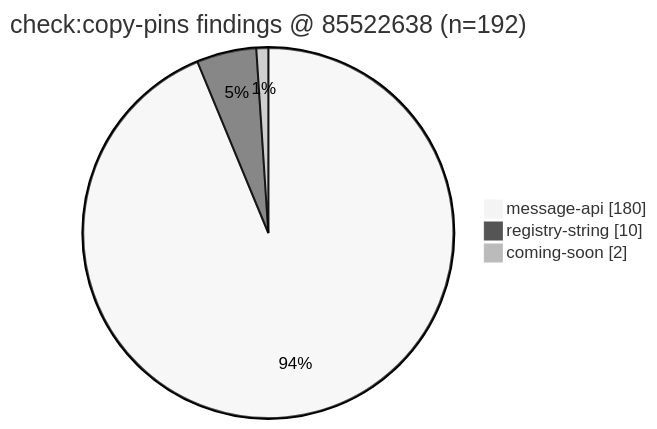
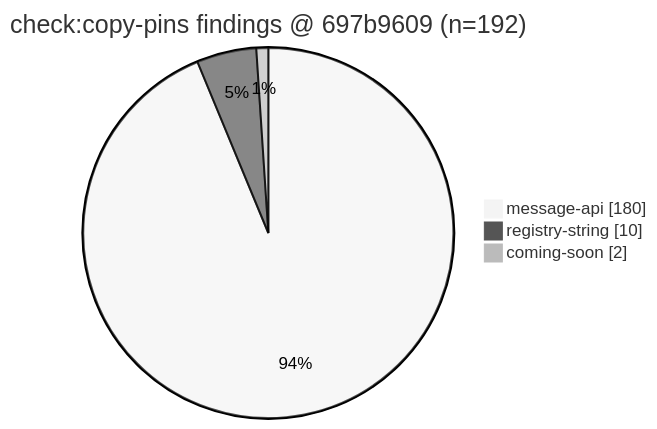
The first of 2 diagrams in docs/dev/copy-pins-residual-inventory-post898-2026-10-10.md (fuzzywigg/math-pentathlon), drawn with Mermaid before and after one commit. The commit also changed other lines of this file and 2 other files, not shown here.

First line of the commit message:
docs(q-mp-443): remeasure copy-pins inventory at tip 697b9609

````diff
--- a/docs/dev/copy-pins-residual-inventory-post898-2026-10-10.md
+++ b/docs/dev/copy-pins-residual-inventory-post898-2026-10-10.md
@@ -68,8 +68,8 @@
 ```mermaid
 %%{init: {"theme": "neutral"}}%%
 pie showData
-  title check:copy-pins findings @ 85522638 (n=192)
+  title check:copy-pins findings @ 697b9609 (n=192)
   "message-api" : 180
   "registry-string" : 10
   "coming-soon" : 2
 ```
````
